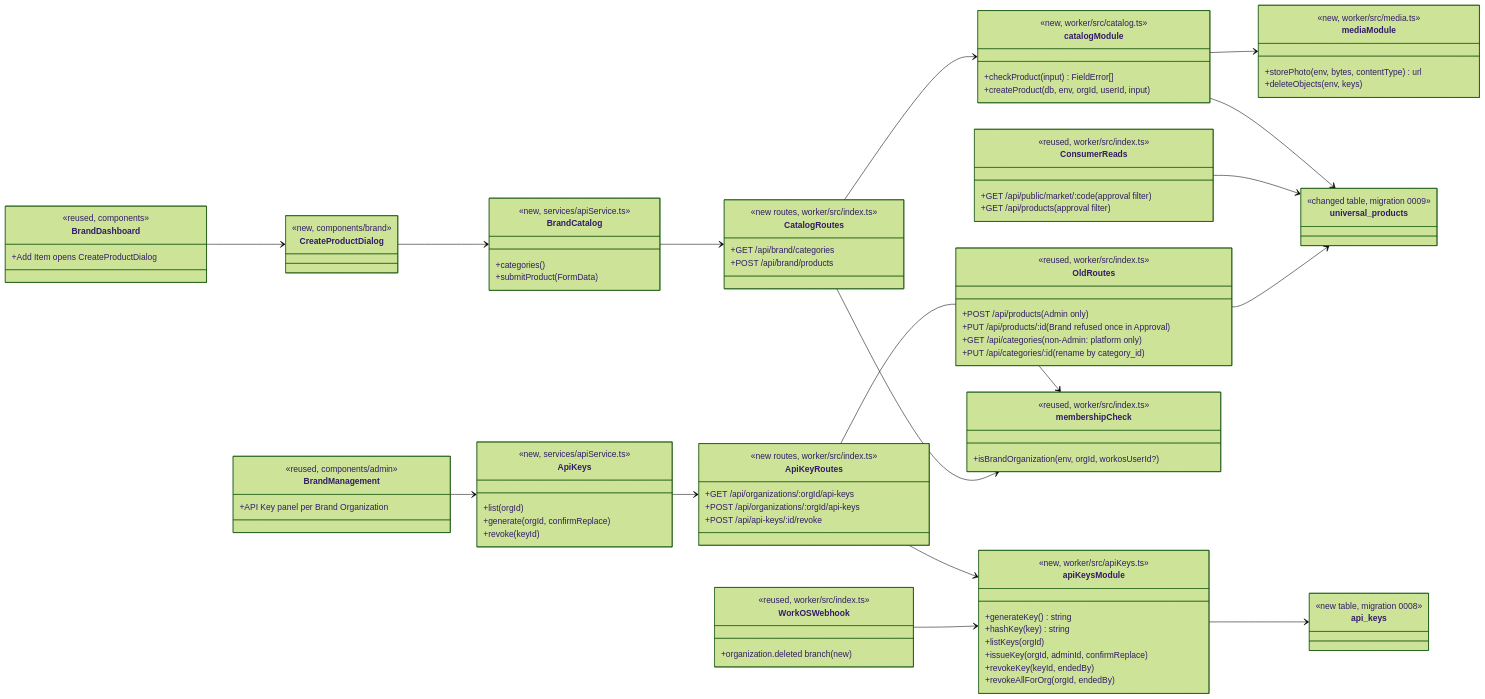
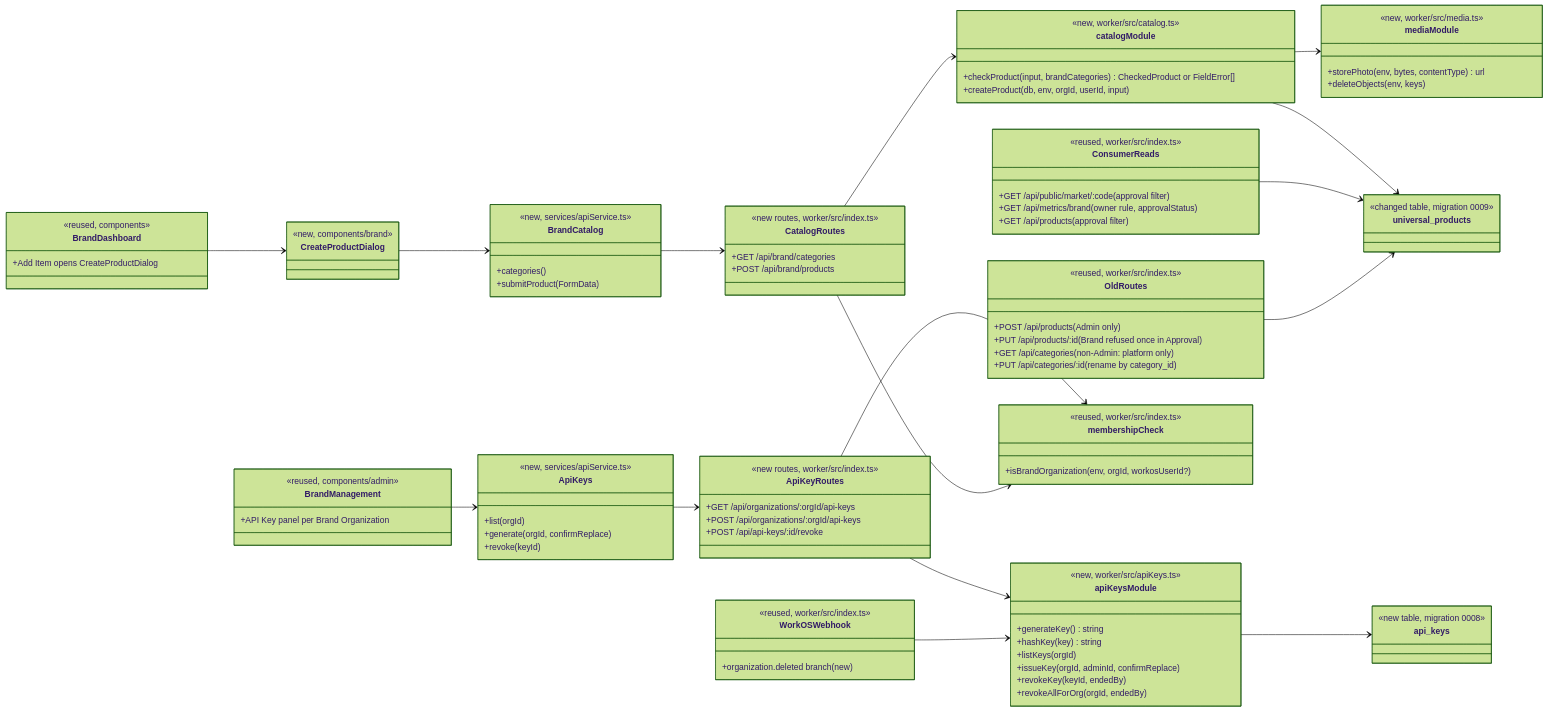
The first of 4 diagrams in docs/design/brnd.md (gkuchar/cosc-40943-team-11-market-match), drawn with Mermaid (forest theme) before and after one commit. The commit also changed other lines of this file and 1 other file, not shown here.

First line of the commit message:
Record the UC-BRND-create-product build in its design and traceability (#40)

```diff
--- a/docs/design/brnd.md
+++ b/docs/design/brnd.md
@@ -99,6 +99,7 @@
     class ConsumerReads {
         <<reused, worker/src/index.ts>>
         +GET /api/public/market/:code (approval filter)
+        +GET /api/metrics/brand (owner rule, approvalStatus)
         +GET /api/products (approval filter)
     }
     class OldRoutes {
@@ -114,7 +115,7 @@
     }
     class catalogModule {
         <<new, worker/src/catalog.ts>>
-        +checkProduct(input) FieldError[]
+        +checkProduct(input, brandCategories) CheckedProduct or FieldError[]
         +createProduct(db, env, orgId, userId, input)
     }
     class mediaModule {
```
